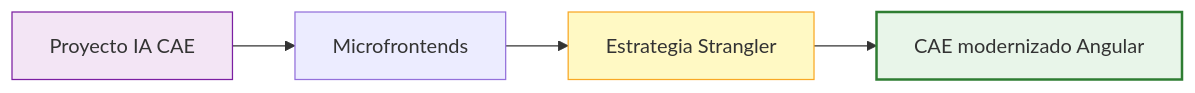
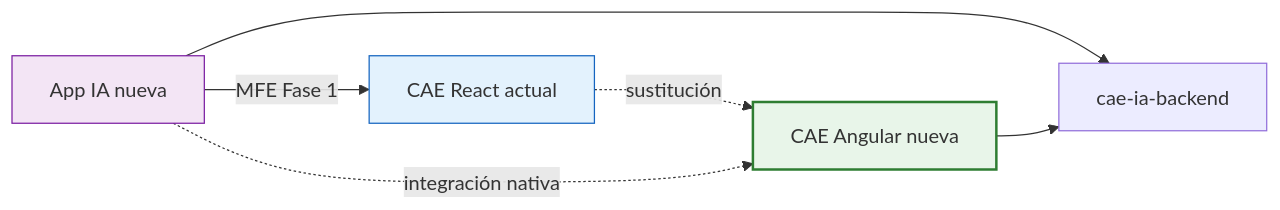
One commit to angelnietos/erp changed the fifth of 5 diagrams in caedocs/ESTRATEGIA-MIGRACION-FRONTEND-CAE.md. Above: the diagram before and after it, drawn with Mermaid. The commit also changed other lines of this file and 7 other files, not shown here.

````diff
--- a/caedocs/ESTRATEGIA-MIGRACION-FRONTEND-CAE.md
+++ b/caedocs/ESTRATEGIA-MIGRACION-FRONTEND-CAE.md
@@ -394,10 +444,12 @@
 ```mermaid
 flowchart LR
-    IA["Proyecto IA CAE"] --> MFE["Microfrontends"]
-    MFE --> STRAT["Estrategia Strangler"]
-    STRAT --> CAE["CAE modernizado Angular"]
+    IA["App IA nueva"] -->|MFE Fase 1| REACT["CAE React actual"]
+    IA --> BE["cae-ia-backend"]
+    ANG["CAE Angular nueva"] --> BE
+    REACT -.->|sustitución| ANG
+    IA -.->|integración nativa| ANG
 
     style IA fill:#f3e5f5,stroke:#7b1fa2
-    style STRAT fill:#fff9c4,stroke:#f9a825
-    style CAE fill:#e8f5e9,stroke:#2e7d32,stroke-width:2px
+    style REACT fill:#e3f2fd,stroke:#1565c0
+    style ANG fill:#e8f5e9,stroke:#2e7d32,stroke-width:2px
 ```
````
